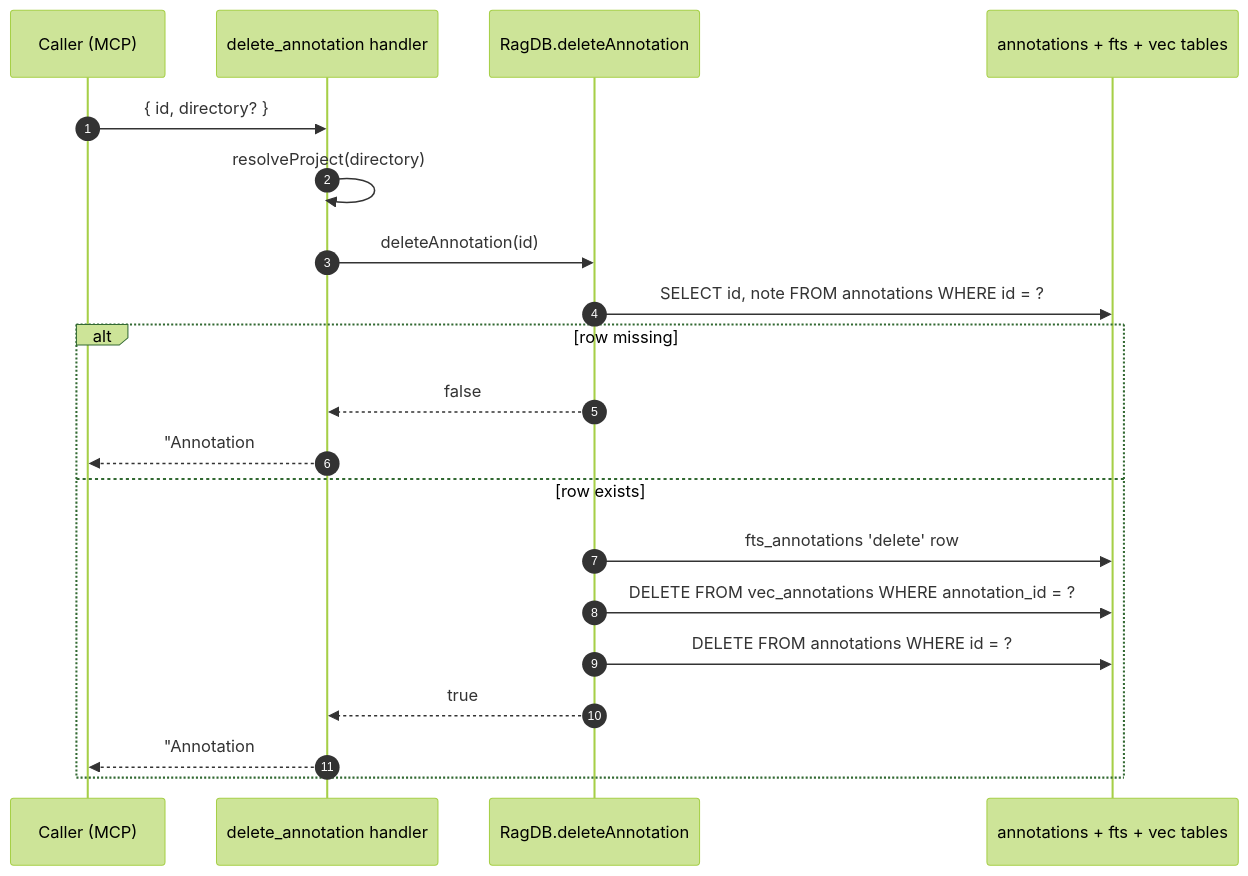
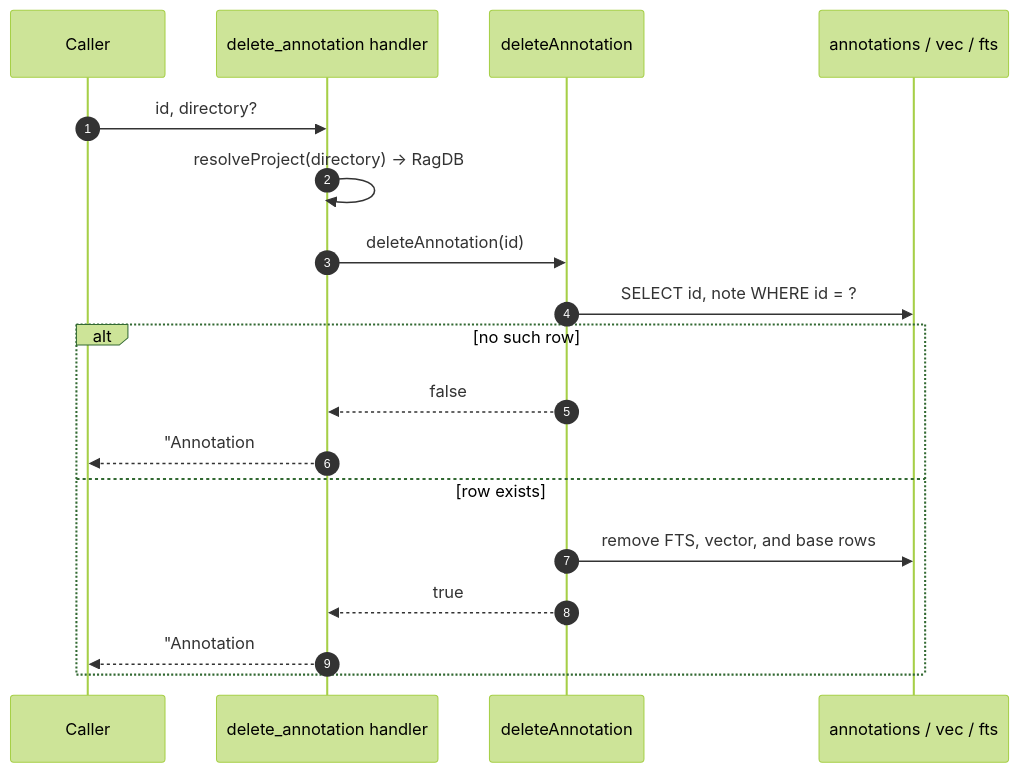
The diagram in wiki/tools/delete-annotation.md (TheWinci/mimirs), drawn with Mermaid (forest theme) before and after one commit. The commit also changed other lines of this file and 52 other files, not shown here.

````diff
--- a/wiki/tools/delete-annotation.md
+++ b/wiki/tools/delete-annotation.md
@@ -9,23 +11,21 @@
 ```mermaid
 sequenceDiagram
   autonumber
-  participant Caller as Caller (MCP)
-  participant Handler as delete_annotation handler
-  participant DB as RagDB.deleteAnnotation
-  participant SQLite as annotations + fts + vec tables
+  participant Caller
+  participant Tool as delete_annotation handler
+  participant DB as deleteAnnotation
+  participant SQLite as annotations / vec / fts
 
-  Caller->>Handler: { id, directory? }
-  Handler->>Handler: resolveProject(directory)
-  Handler->>DB: deleteAnnotation(id)
-  DB->>SQLite: SELECT id, note FROM annotations WHERE id = ?
-  alt row missing
-    DB-->>Handler: false
-    Handler-->>Caller: "Annotation #<id> not found."
+  Caller->>Tool: id, directory?
+  Tool->>Tool: resolveProject(directory) -> RagDB
+  Tool->>DB: deleteAnnotation(id)
+  DB->>SQLite: SELECT id, note WHERE id = ?
+  alt no such row
+    DB-->>Tool: false
+    Tool-->>Caller: "Annotation #id not found."
   else row exists
-    DB->>SQLite: fts_annotations 'delete' row
-    DB->>SQLite: DELETE FROM vec_annotations WHERE annotation_id = ?
-    DB->>SQLite: DELETE FROM annotations WHERE id = ?
-    DB-->>Handler: true
-    Handler-->>Caller: "Annotation #<id> deleted."
+    DB->>SQLite: remove FTS, vector, and base rows
+    DB-->>Tool: true
+    Tool-->>Caller: "Annotation #id deleted."
   end
 ```
````
